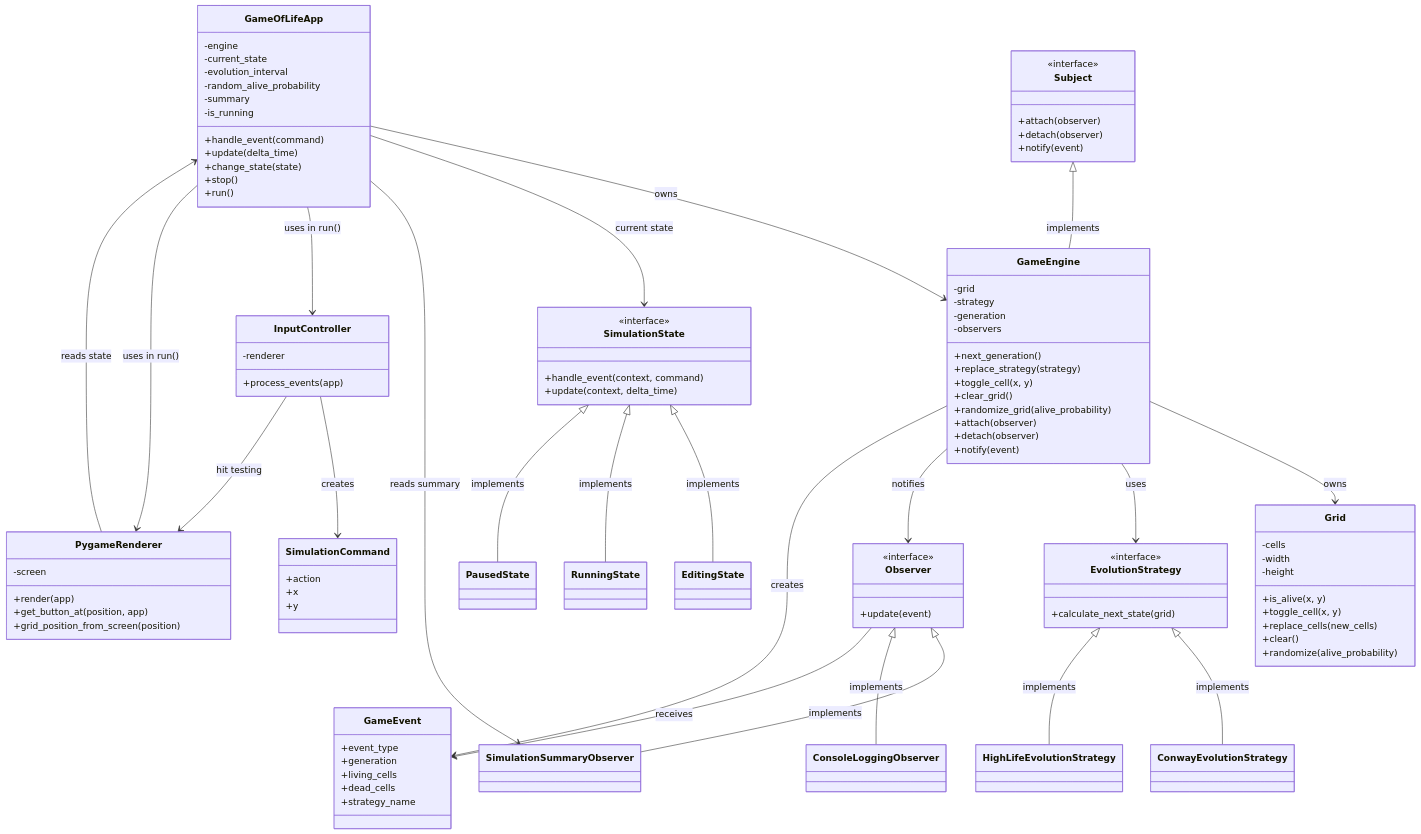
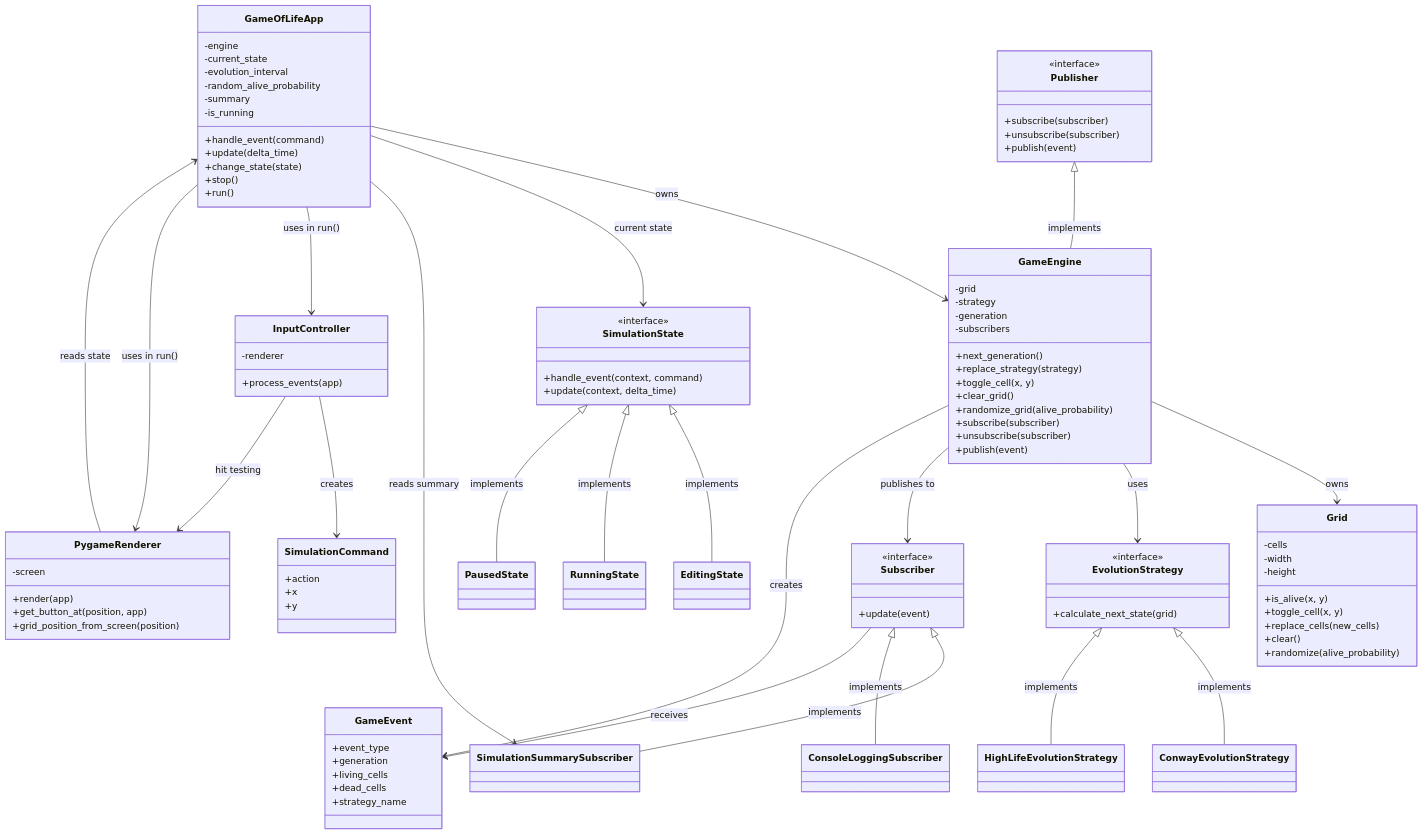
One commit to Stentzler/game-of-life-design-patterns changed the diagram in docs/class_diagram.md. Above: the diagram before and after it, drawn with Mermaid. The commit also changed 10 other files, not shown here.

````diff
--- a/docs/class_diagram.md
+++ b/docs/class_diagram.md
@@ -46,15 +46,15 @@
         -grid
         -strategy
         -generation
-        -observers
+        -subscribers
         +next_generation()
         +replace_strategy(strategy)
         +toggle_cell(x, y)
         +clear_grid()
         +randomize_grid(alive_probability)
-        +attach(observer)
-        +detach(observer)
-        +notify(event)
+        +subscribe(subscriber)
+        +unsubscribe(subscriber)
+        +publish(event)
     }
 
     class Grid {
@@ -76,14 +76,14 @@
     class ConwayEvolutionStrategy
     class HighLifeEvolutionStrategy
 
-    class Subject {
+    class Publisher {
         <<interface>>
-        +attach(observer)
-        +detach(observer)
-        +notify(event)
+        +subscribe(subscriber)
+        +unsubscribe(subscriber)
+        +publish(event)
     }
 
-    class Observer {
+    class Subscriber {
         <<interface>>
         +update(event)
     }
@@ -96,12 +96,12 @@
         +strategy_name
     }
 
-    class SimulationSummaryObserver
-    class ConsoleLoggingObserver
+    class SimulationSummarySubscriber
+    class ConsoleLoggingSubscriber
 
     GameOfLifeApp --> GameEngine : owns
     GameOfLifeApp --> SimulationState : current state
-    GameOfLifeApp --> SimulationSummaryObserver : reads summary
+    GameOfLifeApp --> SimulationSummarySubscriber : reads summary
     GameOfLifeApp --> InputController : uses in run()
     GameOfLifeApp --> PygameRenderer : uses in run()
 
@@ -113,16 +113,16 @@
     SimulationState <|-- RunningState : implements
     SimulationState <|-- PausedState : implements
 
-    Subject <|-- GameEngine : implements
+    Publisher <|-- GameEngine : implements
     GameEngine --> Grid : owns
     GameEngine --> EvolutionStrategy : uses
-    GameEngine --> Observer : notifies
+    GameEngine --> Subscriber : publishes to
     GameEngine --> GameEvent : creates
 
     EvolutionStrategy <|-- ConwayEvolutionStrategy : implements
     EvolutionStrategy <|-- HighLifeEvolutionStrategy : implements
 
-    Observer <|-- SimulationSummaryObserver : implements
-    Observer <|-- ConsoleLoggingObserver : implements
-    Observer --> GameEvent : receives
+    Subscriber <|-- SimulationSummarySubscriber : implements
+    Subscriber <|-- ConsoleLoggingSubscriber : implements
+    Subscriber --> GameEvent : receives
 ```
````
